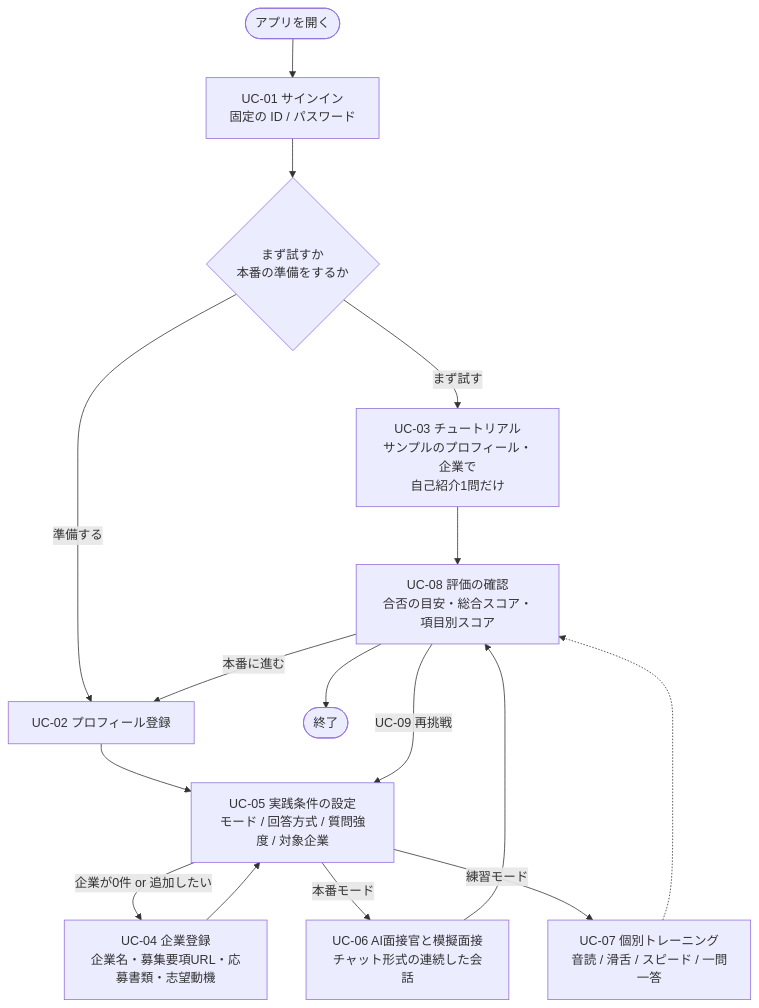
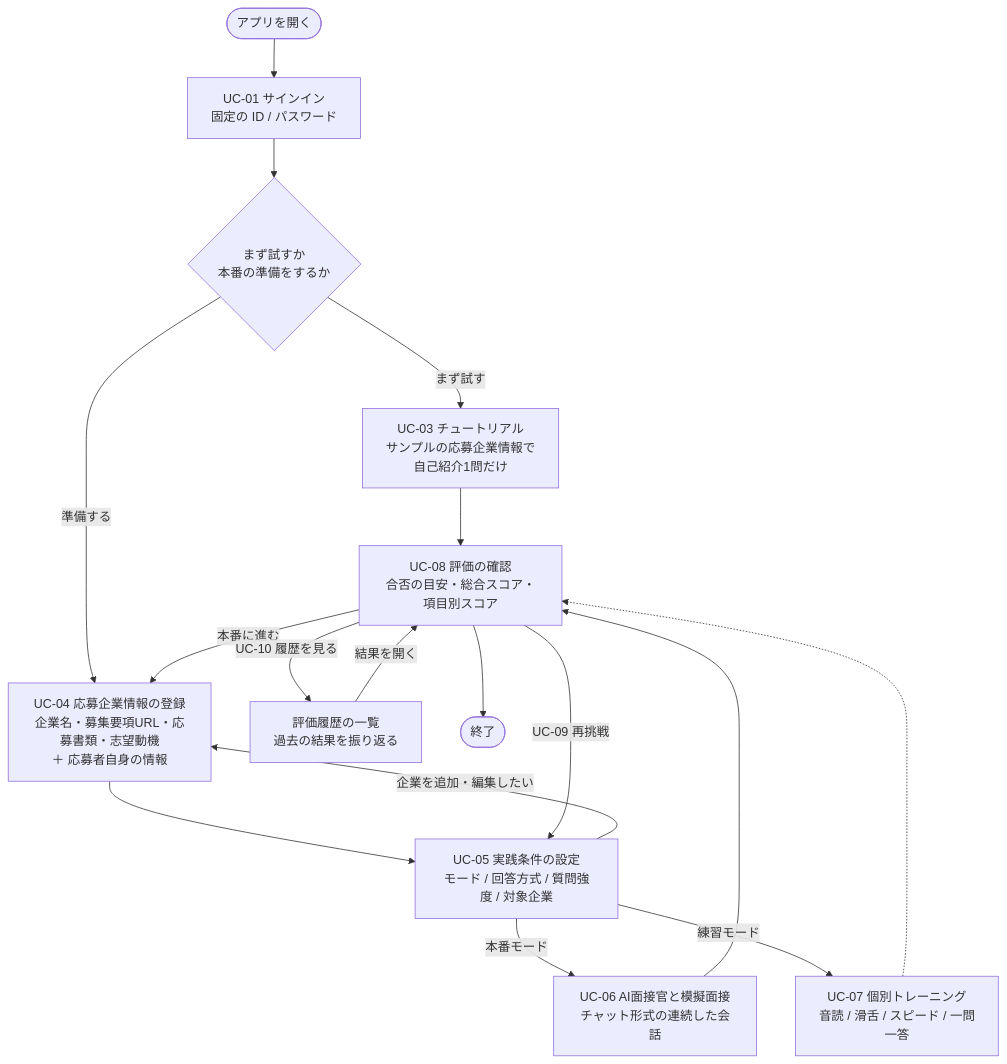
One commit to study-basic-hackathon/hanasu changed the diagram in documents/ユースケース・ユーザーフロー.md. Above: the diagram before and after it, drawn with Mermaid. The commit also changed other lines of this file and 1 other file, not shown here.

````diff
--- a/documents/ユースケース・ユーザーフロー.md
+++ b/documents/ユースケース・ユーザーフロー.md
@@ -157,24 +163,25 @@
 ```mermaid
 flowchart TD
     open(["アプリを開く"]) --> signin["UC-01 サインイン<br/>固定の ID / パスワード"]
     signin --> choice{"まず試すか<br/>本番の準備をするか"}
 
-    choice -->|まず試す| tutorial["UC-03 チュートリアル<br/>サンプルのプロフィール・企業で<br/>自己紹介1問だけ"]
-    choice -->|準備する| profile["UC-02 プロフィール登録"]
+    choice -->|まず試す| tutorial["UC-03 チュートリアル<br/>サンプルの応募企業情報で<br/>自己紹介1問だけ"]
+    choice -->|準備する| company["UC-04 応募企業情報の登録<br/>企業名・募集要項URL・応募書類・志望動機<br/>＋ 応募者自身の情報"]
 
     tutorial --> result
-    profile --> setup["UC-05 実践条件の設定<br/>モード / 回答方式 / 質問強度 / 対象企業"]
+    company --> setup["UC-05 実践条件の設定<br/>モード / 回答方式 / 質問強度 / 対象企業"]
 
-    setup -->|企業が0件 or 追加したい| company["UC-04 企業登録<br/>企業名・募集要項URL・応募書類・志望動機"]
-    company --> setup
+    setup -->|企業を追加・編集したい| company
 
     setup -->|本番モード| honban["UC-06 AI面接官と模擬面接<br/>チャット形式の連続した会話"]
     setup -->|練習モード| renshu["UC-07 個別トレーニング<br/>音読 / 滑舌 / スピード / 一問一答"]
 
     honban --> result["UC-08 評価の確認<br/>合否の目安・総合スコア・項目別スコア"]
     renshu -.-> result
 
-    result -->|本番に進む| profile
+    result -->|本番に進む| company
     result -->|UC-09 再挑戦| setup
+    result -->|UC-10 履歴を見る| history["評価履歴の一覧<br/>過去の結果を振り返る"]
+    history -->|結果を開く| result
     result --> finish(["終了"])
 ```
````
